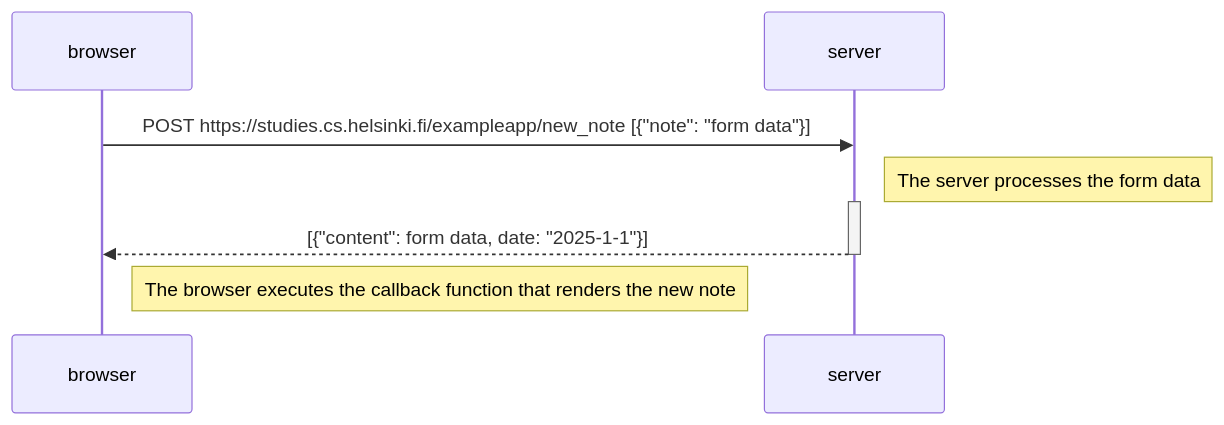
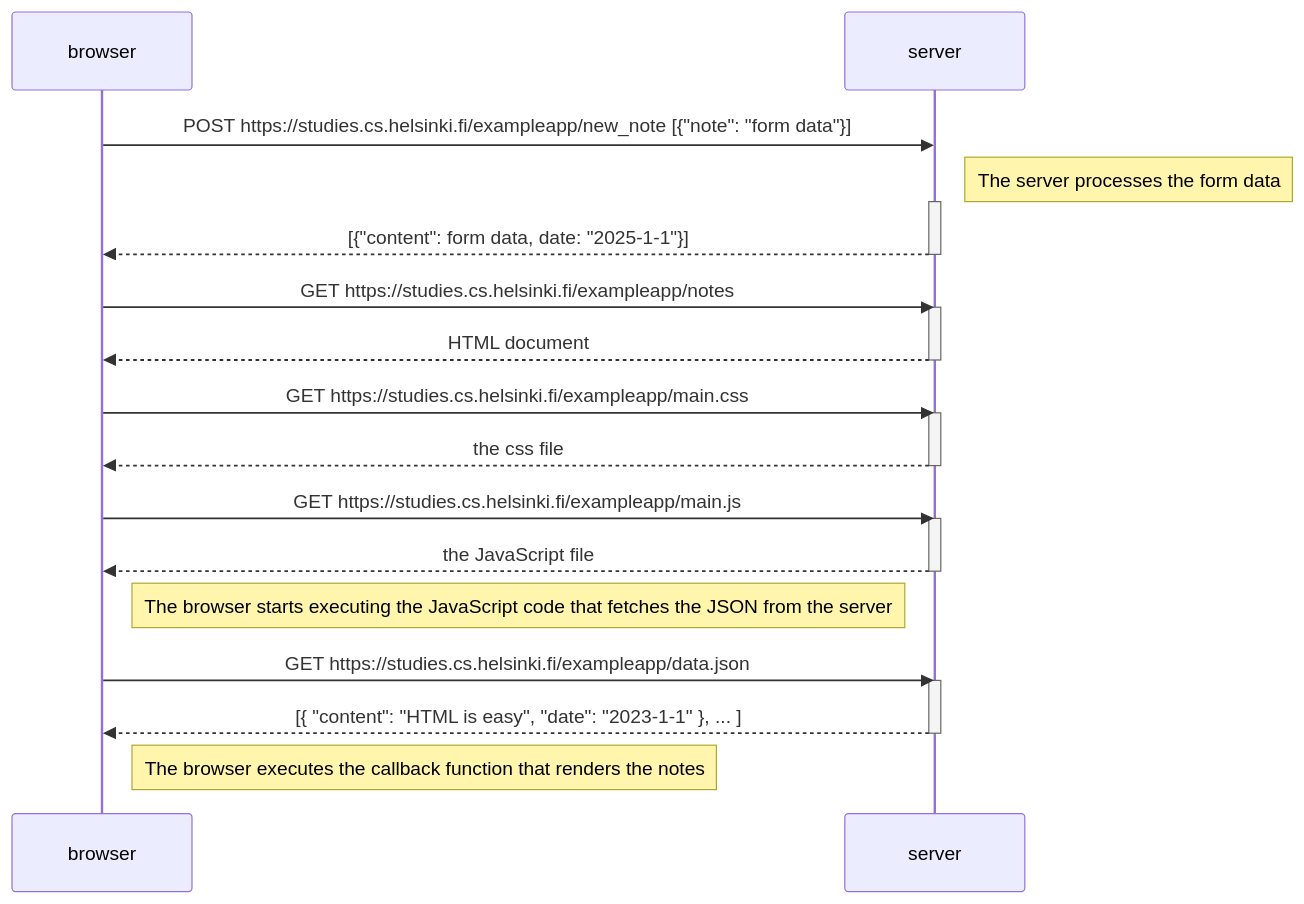
One commit to rizsyed1/fso changed the diagram in part0/notes/notes.md. Above: the diagram before and after it, drawn with Mermaid.

Commit message:
notes done

````diff
--- a/part0/notes/notes.md
+++ b/part0/notes/notes.md
@@ -4,13 +4,36 @@
 ```mermaid
   sequenceDiagram
     participant browser
     participant server
 
     browser->>server:POST https://studies.cs.helsinki.fi/exampleapp/new_note [{"note": "form data"}]
     Note right of server: The server processes the form data
     activate server
     server-->>browser: [{"content": form data, date: "2025-1-1"}]
     deactivate server
 
-    Note right of browser: The browser executes the callback function that renders the new note
+    browser->>server: GET https://studies.cs.helsinki.fi/exampleapp/notes
+    activate server
+    server-->>browser: HTML document
+    deactivate server
+
+    browser->>server: GET https://studies.cs.helsinki.fi/exampleapp/main.css
+    activate server
+    server-->>browser: the css file
+    deactivate server
+
+    browser->>server: GET https://studies.cs.helsinki.fi/exampleapp/main.js
+    activate server
+    server-->>browser: the JavaScript file
+    deactivate server
+
+    Note right of browser: The browser starts executing the JavaScript code that fetches the JSON from the server
+
+    browser->>server: GET https://studies.cs.helsinki.fi/exampleapp/data.json
+    activate server
+    server-->>browser: [{ "content": "HTML is easy", "date": "2023-1-1" }, ... ]
+    deactivate server
+
+    Note right of browser: The browser executes the callback function that renders the notes
+
 ```
````
